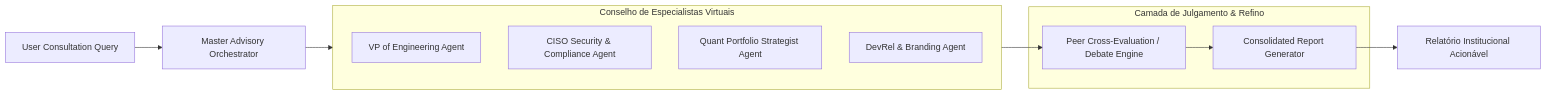
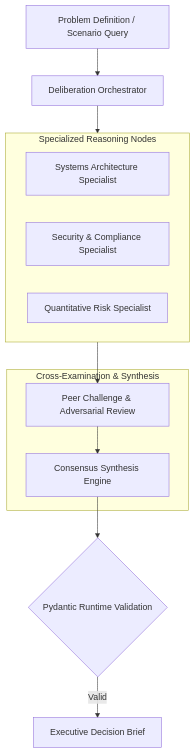
The fourth of 4 diagrams in README.md (evertonfridrich-ops/evertonfridrich-ops), drawn with Mermaid before and after one commit. The commit also changed other lines of this file and 4 other files, not shown here.

Commit message:
docs(profile): rebuild institutional engineering portfolio and semantic matrix

````diff
--- a/README.md
+++ b/README.md
@@ -111,21 +114,21 @@
 ```mermaid
-flowchart LR
-    User[User Consultation Query] --> Orchestrator[Master Advisory Orchestrator]
+flowchart TD
+    Input["Problem Definition / Scenario Query"] --> Orchestrator["Deliberation Orchestrator"]
     
-    subgraph MultiAgentMesh [Conselho de Especialistas Virtuais]
-        VP[VP of Engineering Agent]
-        CISO[CISO Security & Compliance Agent]
-        Quant[Quant Portfolio Strategist Agent]
-        DevRel[DevRel & Branding Agent]
+    subgraph ExpertMesh ["Specialized Reasoning Nodes"]
+        ArchitectNode["Systems Architecture Specialist"]
+        SecurityNode["Security & Compliance Specialist"]
+        QuantNode["Quantitative Risk Specialist"]
     end
-
-    subgraph ConsensusPipeline [Camada de Julgamento & Refino]
-        Debate[Peer Cross-Evaluation / Debate Engine]
-        Synthesizer[Consolidated Report Generator]
+    
+    subgraph ConsensusMesh ["Cross-Examination & Synthesis"]
+        Debate["Peer Challenge & Adversarial Review"]
+        Synthesizer["Consensus Synthesis Engine"]
     end
-
-    Orchestrator --> MultiAgentMesh
-    MultiAgentMesh --> Debate
+    
+    Orchestrator --> ExpertMesh
+    ExpertMesh --> Debate
     Debate --> Synthesizer
-    Synthesizer --> Output[Relatório Institucional Acionável]
+    Synthesizer --> SchemaCheck{"Pydantic Runtime Validation"}
+    SchemaCheck -->|Valid| Report["Executive Decision Brief"]
 ```
````
